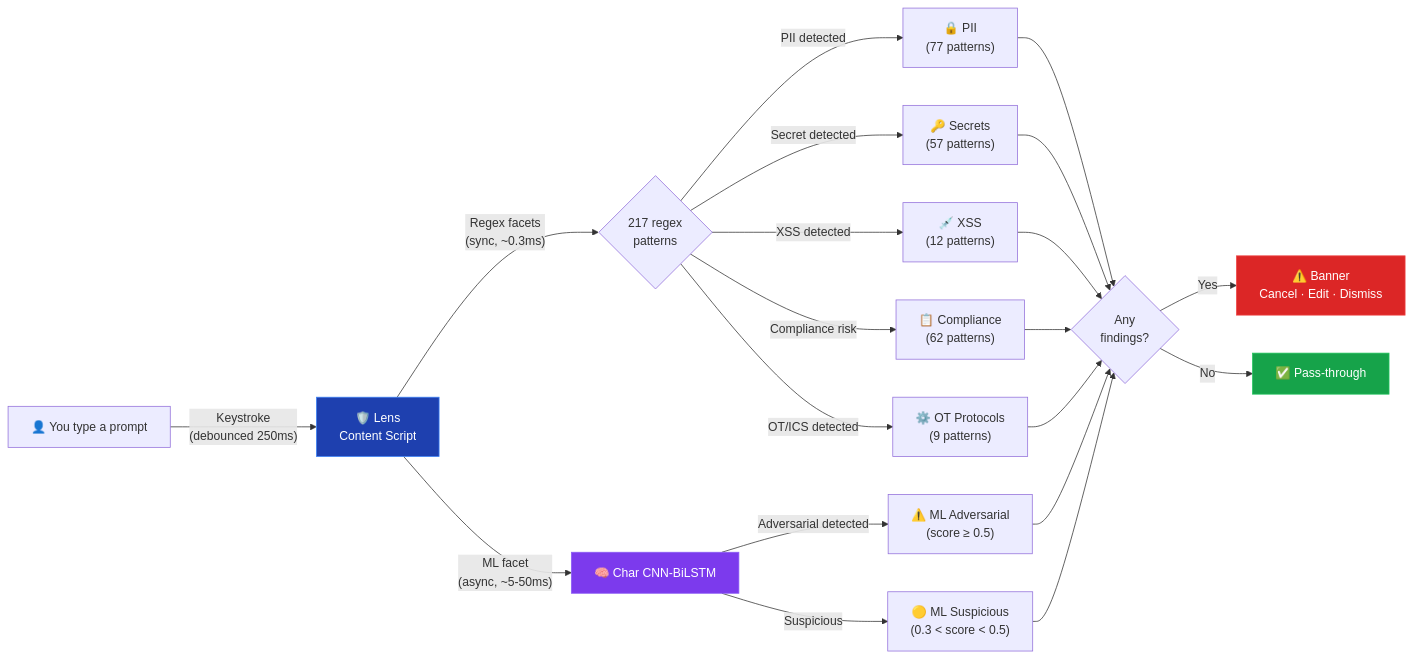
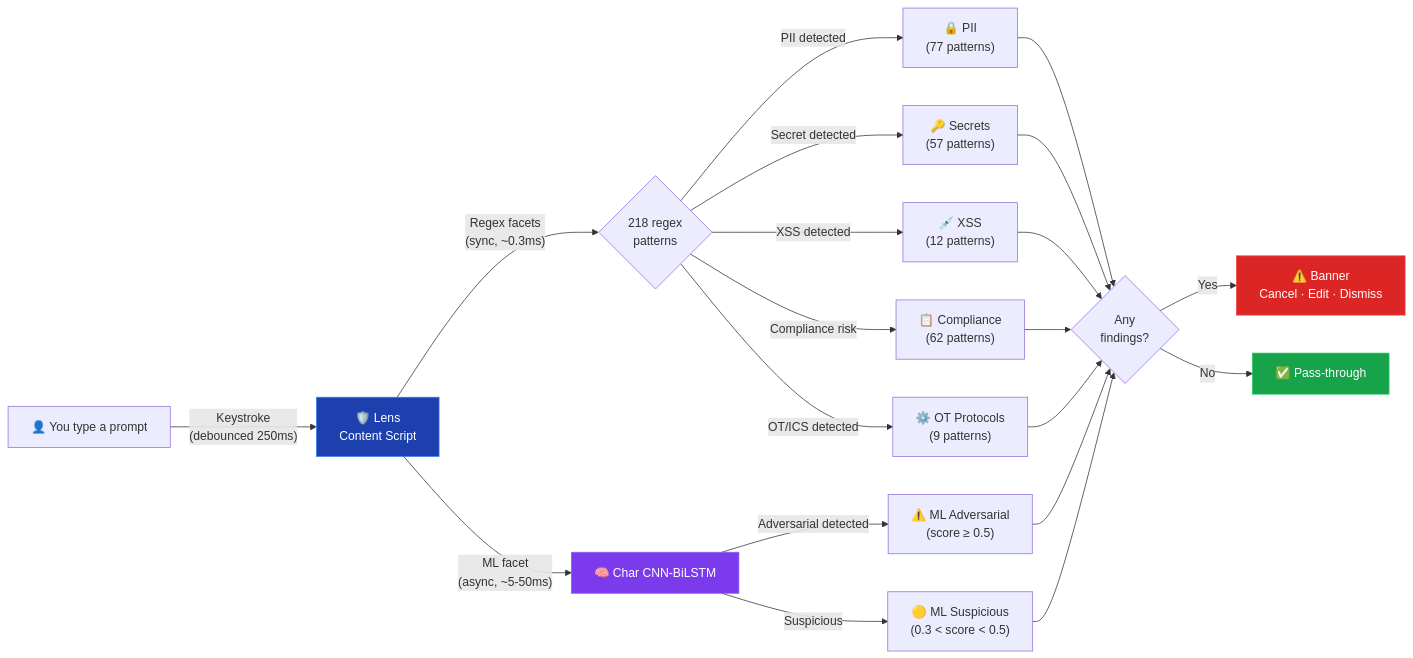
Before and after one commit to aegisgatesecurity/aegisgate-lens: the diagram in README.md, drawn with Mermaid. The commit also changed other lines of this file and 1 other file, not shown here.

````diff
--- a/README.md
+++ b/README.md
@@ -113,23 +113,23 @@
 ```mermaid
 flowchart LR
     User["👤 You type a prompt"] -->|"Keystroke<br/>(debounced 250ms)"| Lens["🛡️ Lens<br/>Content Script"]
-    Lens -->|"Regex facets<br/>(sync, ~0.3ms)"| Regex{"217 regex<br/>patterns"}
+    Lens -->|"Regex facets<br/>(sync, ~0.3ms)"| Regex{"218 regex<br/>patterns"}
     Lens -->|"ML facet<br/>(async, ~5-50ms)"| ML["🧠 Char CNN-BiLSTM"]
 
     Regex -->|"PII detected"| PII["🔒 PII<br/>(77 patterns)"]
     Regex -->|"Secret detected"| Secret["🔑 Secrets<br/>(57 patterns)"]
     Regex -->|"XSS detected"| XSS["💉 XSS<br/>(12 patterns)"]
     Regex -->|"Compliance risk"| Comp["📋 Compliance<br/>(62 patterns)"]
     Regex -->|"OT/ICS detected"| OT["⚙️ OT Protocols<br/>(9 patterns)"]
     ML -->|"Adversarial detected"| Adv["⚠️ ML Adversarial<br/>(score ≥ 0.5)"]
     ML -->|"Suspicious"| Sus["🟡 ML Suspicious<br/>(0.3 < score < 0.5)"]
 
     PII & Secret & XSS & Comp & OT & Adv & Sus --> Decision{"Any<br/>findings?"}
     Decision -->|"Yes"| Banner["⚠️ Banner<br/>Cancel · Edit · Dismiss"]
     Decision -->|"No"| Pass["✅ Pass-through"]
 
     style Lens fill:#1e40af,stroke:#3b82f6,color:#fff
     style ML fill:#7c3aed,stroke:#8b5cf6,color:#fff
     style Banner fill:#dc2626,stroke:#ef4444,color:#fff
     style Pass fill:#16a34a,stroke:#22c55e,color:#fff
 ```
````
